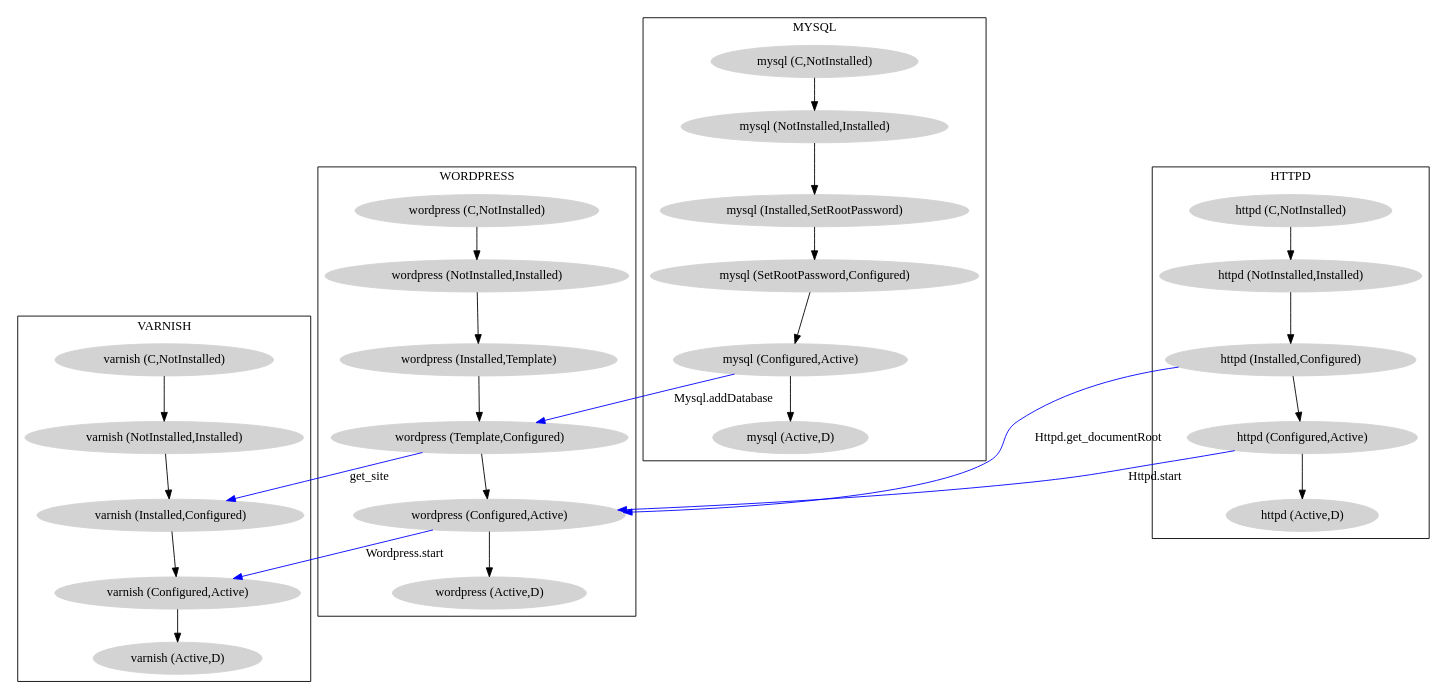
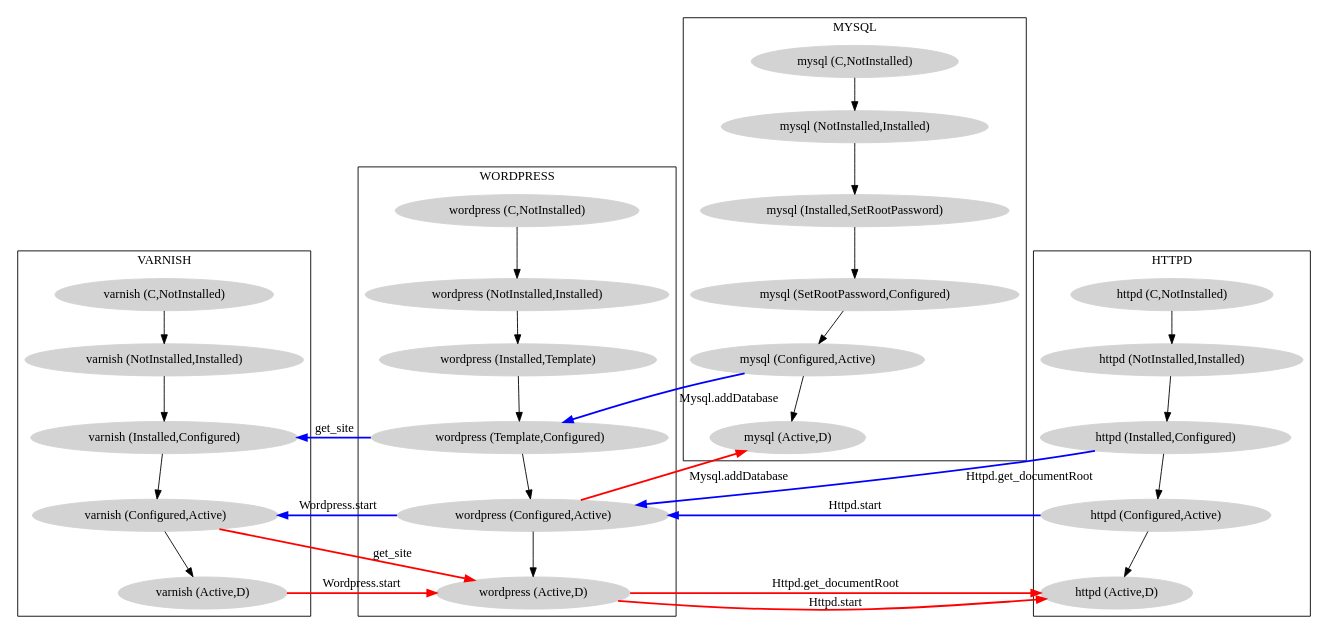
Before and after one commit to aeolus-project/metis: the diagram in results/use_case_mandriva_monotonic_abstract_plan.dot, drawn with Graphviz. The commit also changed 10 other files, not shown here.

```diff
--- a/results/use_case_mandriva_monotonic_abstract_plan.dot
+++ b/results/use_case_mandriva_monotonic_abstract_plan.dot
@@ -1,57 +1,63 @@
 // Abstract plan in DOT file representation 
 
 digraph {
 
 	// Instance line of varnish
 	subgraph cluster_varnish {
 		node[style=filled, color=lightgrey];
 		"varnish (C,NotInstalled)" -> "varnish (NotInstalled,Installed)";
 		"varnish (NotInstalled,Installed)" -> "varnish (Installed,Configured)";
 		"varnish (Installed,Configured)" -> "varnish (Configured,Active)";
 		"varnish (Configured,Active)" -> "varnish (Active,D)";
 		label="VARNISH";
 	}
 
 	// Instance line of wordpress
 	subgraph cluster_wordpress {
 		node[style=filled, color=lightgrey];
 		"wordpress (C,NotInstalled)" -> "wordpress (NotInstalled,Installed)";
 		"wordpress (NotInstalled,Installed)" -> "wordpress (Installed,Template)";
 		"wordpress (Installed,Template)" -> "wordpress (Template,Configured)";
 		"wordpress (Template,Configured)" -> "wordpress (Configured,Active)";
 		"wordpress (Configured,Active)" -> "wordpress (Active,D)";
 		label="WORDPRESS";
 	}
 
 	// Instance line of httpd
 	subgraph cluster_httpd {
 		node[style=filled, color=lightgrey];
 		"httpd (C,NotInstalled)" -> "httpd (NotInstalled,Installed)";
 		"httpd (NotInstalled,Installed)" -> "httpd (Installed,Configured)";
 		"httpd (Installed,Configured)" -> "httpd (Configured,Active)";
 		"httpd (Configured,Active)" -> "httpd (Active,D)";
 		label="HTTPD";
 	}
 
 	// Instance line of mysql
 	subgraph cluster_mysql {
 		node[style=filled, color=lightgrey];
 		"mysql (C,NotInstalled)" -> "mysql (NotInstalled,Installed)";
 		"mysql (NotInstalled,Installed)" -> "mysql (Installed,SetRootPassword)";
 		"mysql (Installed,SetRootPassword)" -> "mysql (SetRootPassword,Configured)";
 		"mysql (SetRootPassword,Configured)" -> "mysql (Configured,Active)";
 		"mysql (Configured,Active)" -> "mysql (Active,D)";
 		label="MYSQL";
 	}
+	// Edges from instance line of varnish
+		"varnish (Configured,Active)" -> "wordpress (Active,D)" [style=bold, label="get_site", color=red];
+		"varnish (Active,D)" -> "wordpress (Active,D)" [style=bold, label="Wordpress.start", color=red];
 
 	// Edges from instance line of wordpress
-		"wordpress (Template,Configured)" -> "varnish (Installed,Configured)" [label="get_site", color=blue];
-		"wordpress (Configured,Active)" -> "varnish (Configured,Active)" [label="Wordpress.start", color=blue];
+		"wordpress (Template,Configured)" -> "varnish (Installed,Configured)" [style=bold, label="get_site", color=blue];
+		"wordpress (Configured,Active)" -> "varnish (Configured,Active)" [style=bold, label="Wordpress.start", color=blue];
+		"wordpress (Configured,Active)" -> "mysql (Active,D)" [style=bold, label="Mysql.addDatabase", color=red];
+		"wordpress (Active,D)" -> "httpd (Active,D)" [style=bold, label="Httpd.start", color=red]; 
+		"wordpress (Active,D)" -> "httpd (Active,D)" [style=bold, label="Httpd.get_documentRoot", color=red];
 
 	// Edges from instance line of httpd
-		"httpd (Installed,Configured)" -> "wordpress (Configured,Active)" [label="Httpd.get_documentRoot", color=blue];
-		"httpd (Configured,Active)" -> "wordpress (Configured,Active)" [label="Httpd.start", color=blue];
+		"httpd (Installed,Configured)" -> "wordpress (Configured,Active)" [style=bold, label="Httpd.get_documentRoot", color=blue];
+		"httpd (Configured,Active)" -> "wordpress (Configured,Active)" [style=bold, label="Httpd.start", color=blue];
 
 	// Edges from instance line of mysql
-		"mysql (Configured,Active)" -> "wordpress (Template,Configured)" [label="Mysql.addDatabase", color=blue];
+		"mysql (Configured,Active)" -> "wordpress (Template,Configured)" [style=bold, label="Mysql.addDatabase", color=blue];
 }
```
